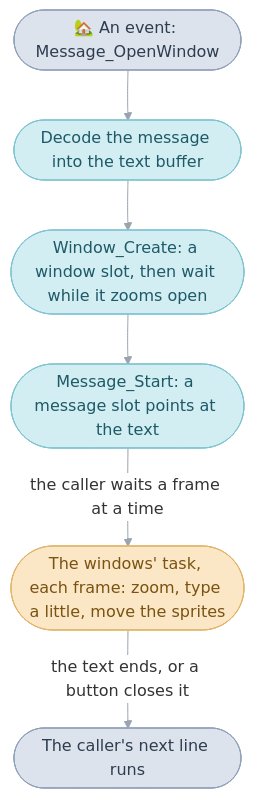
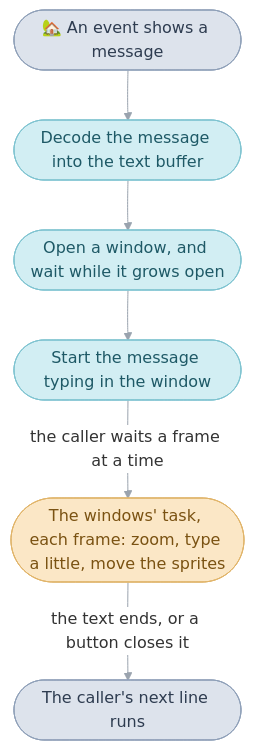
Before and after one commit to PascalPixel/alchemy: the first of 5 diagrams in games/tbs/src/window/README.md, drawn with Mermaid. The commit also changed other lines of this file and 21 other files, not shown here.

````diff
--- a/games/tbs/src/window/README.md
+++ b/games/tbs/src/window/README.md
@@ -30,15 +26,15 @@
 ```mermaid
 %%{init: {"theme": "base", "themeVariables": {"lineColor": "#9AA3AE", "edgeLabelBackground": "#FFFFFF"}, "flowchart": {"curve": "basis", "padding": 12}}}%%
 flowchart TD
-  caller(["🏡 An event: Message_OpenWindow"]) --> decode(["Decode the message into the text buffer"])
-  decode --> create(["Window_Create: a window slot, then wait while it zooms open"])
-  create --> start(["Message_Start: a message slot points at the text"])
+  caller(["🏡 An event shows a message"]) --> decode(["Decode the message into the text buffer"])
+  decode --> create(["Open a window, and wait while it grows open"])
+  create --> start(["Start the message typing in the window"])
   start -- "the caller waits a frame at a time" --> task(["The windows' task, each frame: zoom, type a little, move the sprites"])
   task -- "the text ends, or a button closes it" --> back(["The caller's next line runs"])
   classDef code fill:#DDE3EC,stroke:#8FA0B8,color:#2E3C50
   classDef work fill:#D2EEF3,stroke:#7FC3D0,color:#1E5966
   classDef frame fill:#FBE7C6,stroke:#E0B46A,color:#7A5212
   class caller,back code
   class decode,create,start work
   class task frame
 ```
````
